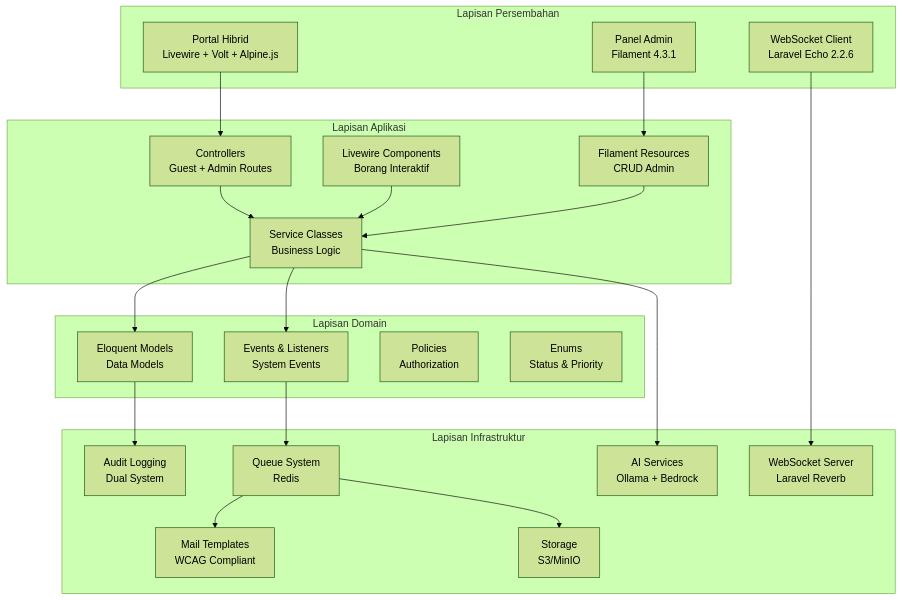
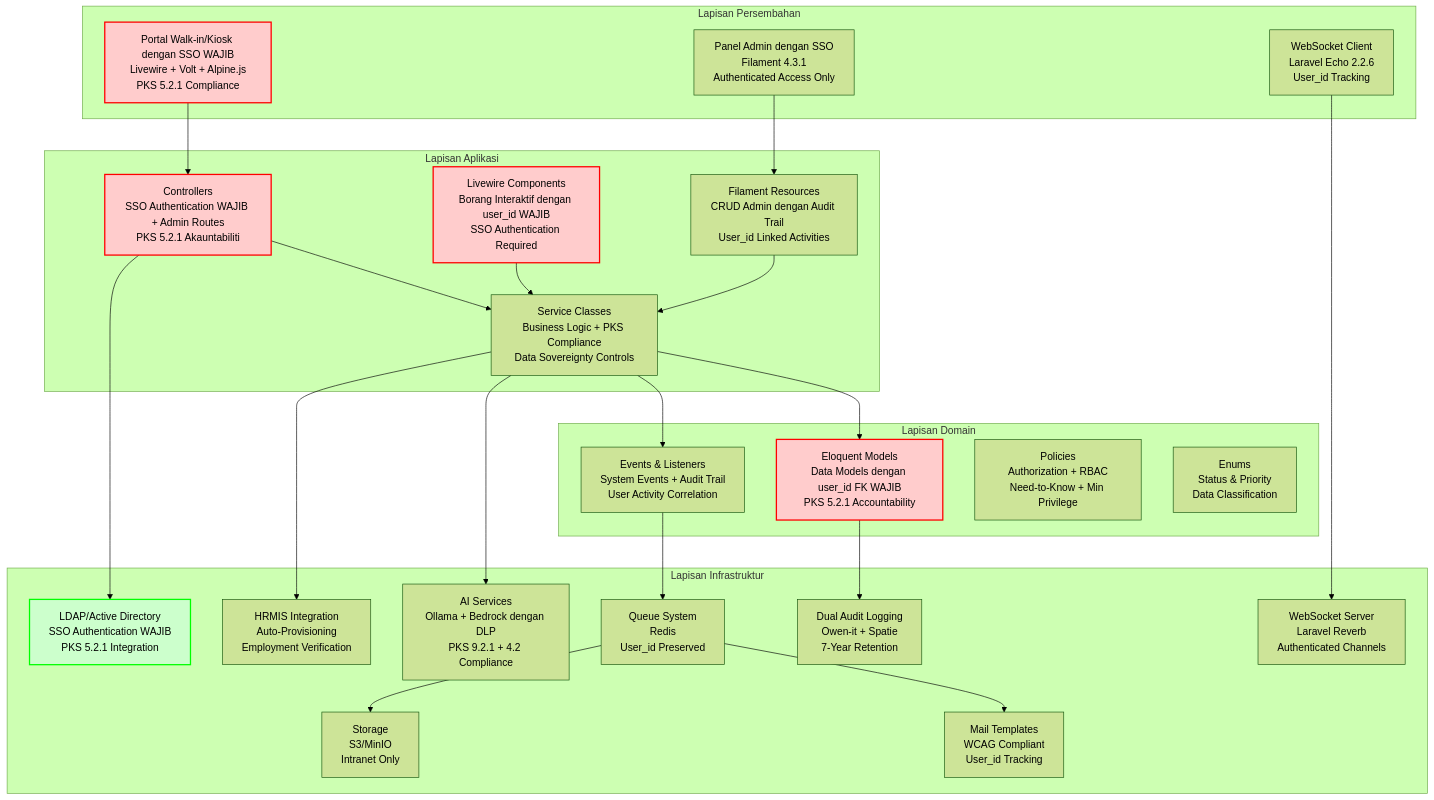
The first of 11 diagrams in docs/KRISA/D04_KRISA_ICTSERVE_SPESIFIKASI_REKABENTUK_SISTEM.md (IzzatFirdaus/ictserve-031125), drawn with Mermaid (forest theme) before and after one commit. The commit also changed other lines of this file and 18 other files, not shown here.

````diff
--- a/docs/KRISA/D04_KRISA_ICTSERVE_SPESIFIKASI_REKABENTUK_SISTEM.md
+++ b/docs/KRISA/D04_KRISA_ICTSERVE_SPESIFIKASI_REKABENTUK_SISTEM.md
@@ -203,45 +291,55 @@
 ```mermaid
 graph TB
     subgraph "Lapisan Persembahan"
-        A[Portal Hibrid<br/>Livewire + Volt + Alpine.js]
-        B[Panel Admin<br/>Filament 4.3.1]
-        C[WebSocket Client<br/>Laravel Echo 2.2.6]
+        A[Portal Walk-in/Kiosk dengan SSO WAJIB<br/>Livewire + Volt + Alpine.js<br/>PKS 5.2.1 Compliance]
+        B[Panel Admin dengan SSO<br/>Filament 4.3.1<br/>Authenticated Access Only]
+        C[WebSocket Client<br/>Laravel Echo 2.2.6<br/>User_id Tracking]
     end
     
     subgraph "Lapisan Aplikasi"
-        D[Controllers<br/>Guest + Admin Routes]
-        E[Livewire Components<br/>Borang Interaktif]
-        F[Filament Resources<br/>CRUD Admin]
-        G[Service Classes<br/>Business Logic]
+        D[Controllers<br/>SSO Authentication WAJIB + Admin Routes<br/>PKS 5.2.1 Akauntabiliti]
+        E[Livewire Components<br/>Borang Interaktif dengan user_id WAJIB<br/>SSO Authentication Required]
+        F[Filament Resources<br/>CRUD Admin dengan Audit Trail<br/>User_id Linked Activities]
+        G[Service Classes<br/>Business Logic + PKS Compliance<br/>Data Sovereignty Controls]
     end
     
     subgraph "Lapisan Domain"
-        H[Eloquent Models<br/>Data Models]
-        I[Events & Listeners<br/>System Events]
-        J[Policies<br/>Authorization]
-        K[Enums<br/>Status & Priority]
+        H[Eloquent Models<br/>Data Models dengan user_id FK WAJIB<br/>PKS 5.2.1 Accountability]
+        I[Events & Listeners<br/>System Events + Audit Trail<br/>User Activity Correlation]
+        J[Policies<br/>Authorization + RBAC<br/>Need-to-Know + Min Privilege]
+        K[Enums<br/>Status & Priority<br/>Data Classification]
     end
     
     subgraph "Lapisan Infrastruktur"
-        L[Queue System<br/>Redis]
-        M[Mail Templates<br/>WCAG Compliant]
-        N[Storage<br/>S3/MinIO]
-        O[Audit Logging<br/>Dual System]
-        P[WebSocket Server<br/>Laravel Reverb]
-        Q[AI Services<br/>Ollama + Bedrock]
+        L[Queue System<br/>Redis<br/>User_id Preserved]
+        M[Mail Templates<br/>WCAG Compliant<br/>User_id Tracking]
+        N[Storage<br/>S3/MinIO<br/>Intranet Only]
+        O[Dual Audit Logging<br/>Owen-it + Spatie<br/>7-Year Retention]
+        P[WebSocket Server<br/>Laravel Reverb<br/>Authenticated Channels]
+        Q[AI Services<br/>Ollama + Bedrock dengan DLP<br/>PKS 9.2.1 + 4.2 Compliance]
+        R[LDAP/Active Directory<br/>SSO Authentication WAJIB<br/>PKS 5.2.1 Integration]
+        S[HRMIS Integration<br/>Auto-Provisioning<br/>Employment Verification]
     end
     
     A --> D
     B --> F
     C --> P
     D --> G
     E --> G
     F --> G
     G --> H
     G --> I
     H --> O
     I --> L
     G --> Q
     L --> M
     L --> N
+    D --> R
+    G --> S
+    
+    style A fill:#ffcccc,stroke:#ff0000,stroke-width:2px
+    style D fill:#ffcccc,stroke:#ff0000,stroke-width:2px
+    style E fill:#ffcccc,stroke:#ff0000,stroke-width:2px
+    style H fill:#ffcccc,stroke:#ff0000,stroke-width:2px
+    style R fill:#ccffcc,stroke:#00ff00,stroke-width:2px
 ```
````
